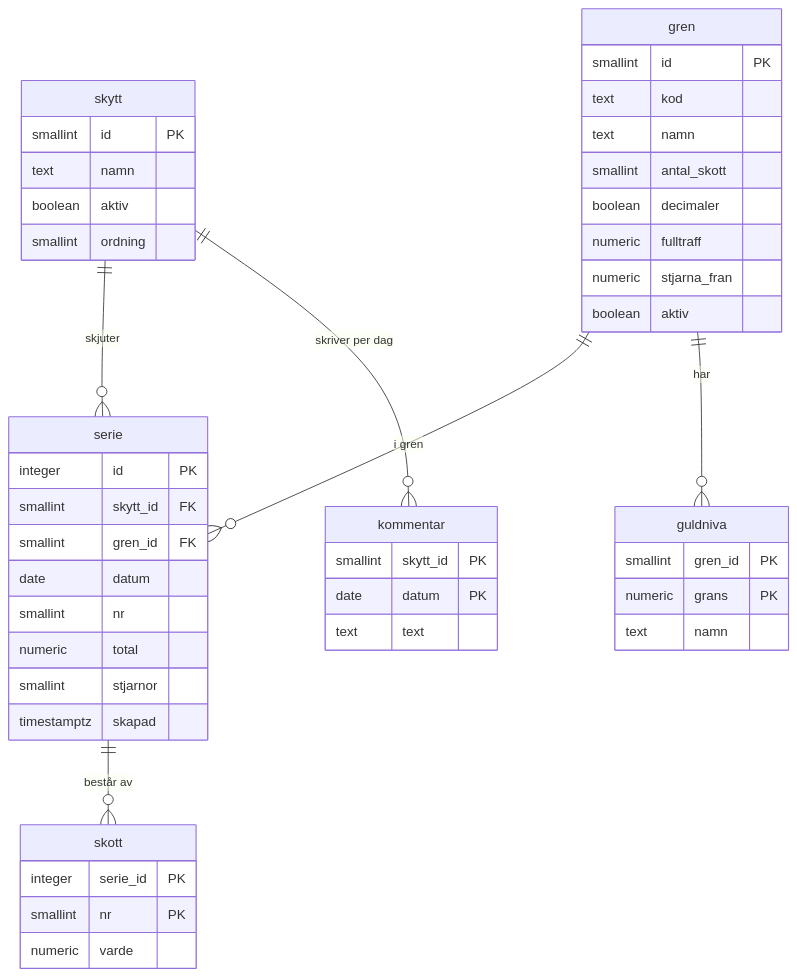
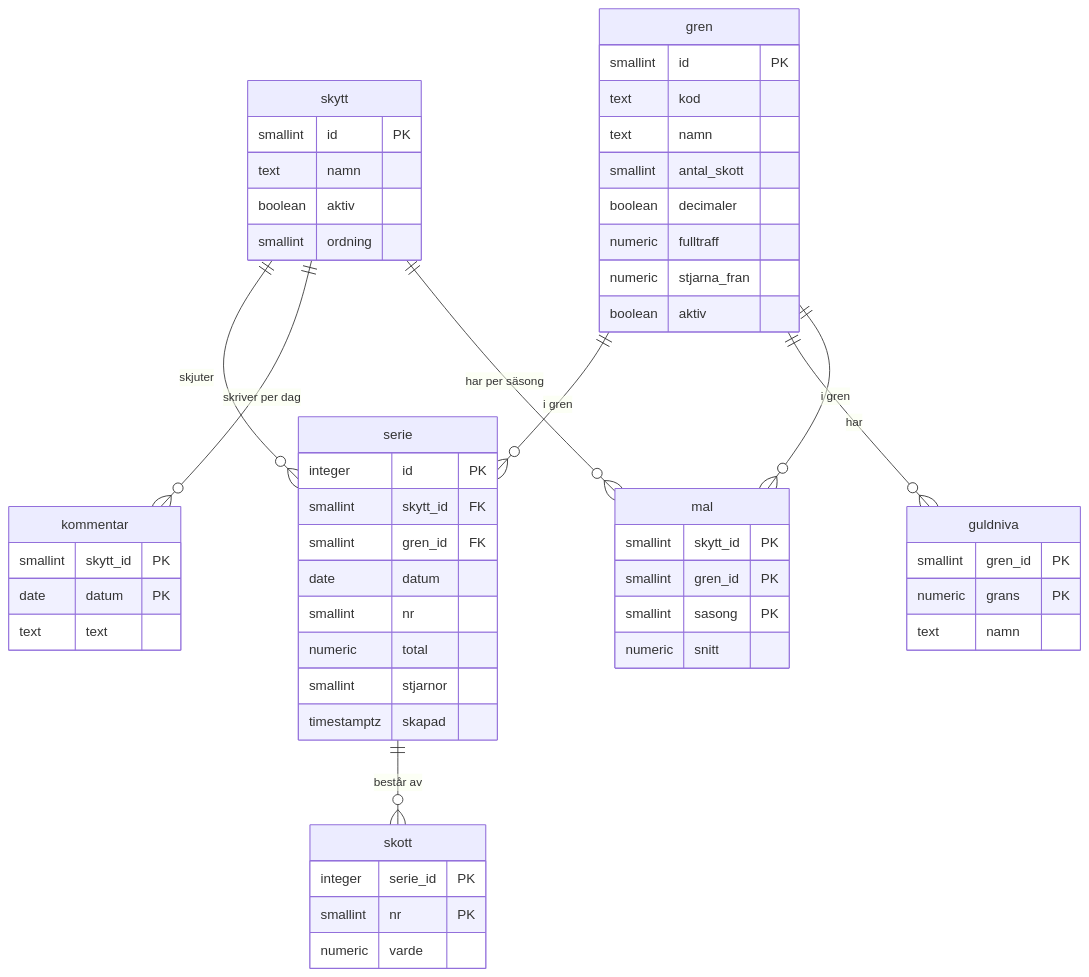
Before and after one commit to Lunkster/skytte: the diagram in docs/datamodell.md, drawn with Mermaid. The commit also changed other lines of this file and 12 other files, not shown here.

````diff
--- a/docs/datamodell.md
+++ b/docs/datamodell.md
@@ -5,50 +5,58 @@
 ```mermaid
 erDiagram
   skytt ||--o{ serie : skjuter
   gren ||--o{ serie : "i gren"
   gren ||--o{ guldniva : har
   serie ||--o{ skott : "består av"
   skytt ||--o{ kommentar : "skriver per dag"
+  skytt ||--o{ mal : "har per säsong"
+  gren ||--o{ mal : "i gren"
 
   skytt {
     smallint id PK
     text namn
     boolean aktiv
     smallint ordning
   }
   gren {
     smallint id PK
     text kod
     text namn
     smallint antal_skott
     boolean decimaler
     numeric fulltraff
     numeric stjarna_fran
     boolean aktiv
   }
   guldniva {
     smallint gren_id PK
     numeric grans PK
     text namn
   }
   serie {
     integer id PK
     smallint skytt_id FK
     smallint gren_id FK
     date datum
     smallint nr
     numeric total
     smallint stjarnor
     timestamptz skapad
   }
   skott {
     integer serie_id PK
     smallint nr PK
     numeric varde
   }
+  mal {
+    smallint skytt_id PK
+    smallint gren_id PK
+    smallint sasong PK
+    numeric snitt
+  }
   kommentar {
     smallint skytt_id PK
     date datum PK
     text text
   }
 ```
````
